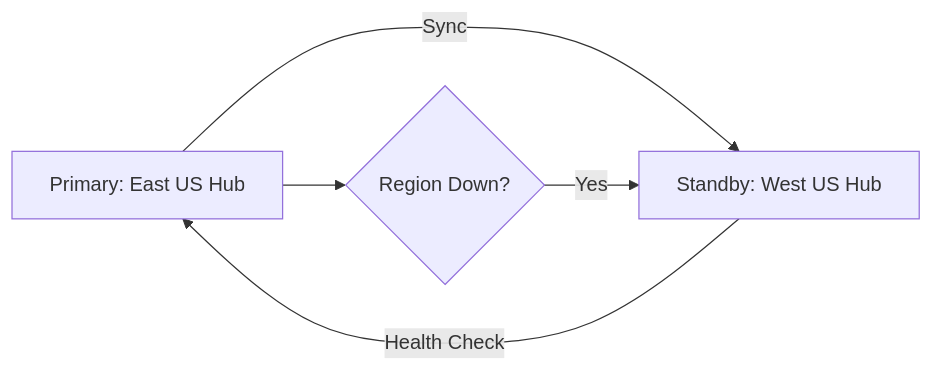
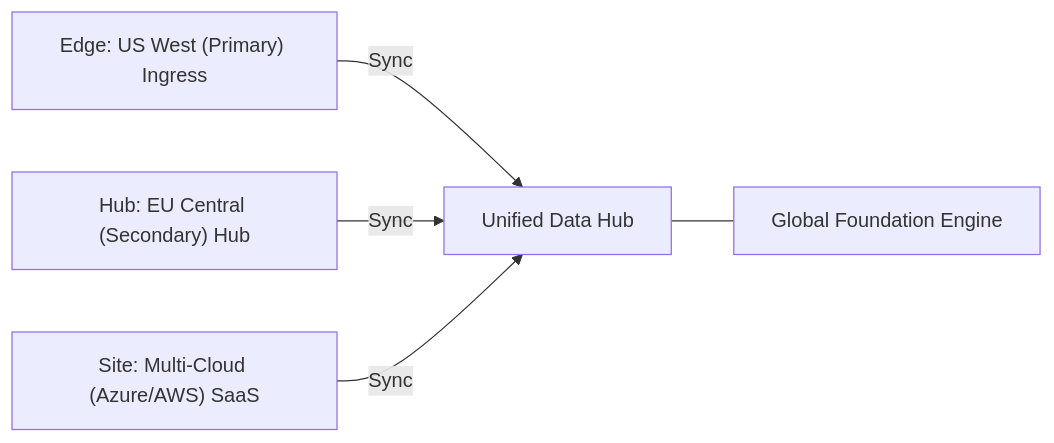
Before and after one commit to Devopstrio/data-landingzone: the third of 11 diagrams in README.md, drawn with Mermaid. The commit also changed other lines of this file, not shown here.

````diff
--- a/README.md
+++ b/README.md
@@ -157,7 +119,7 @@
 ```mermaid
 graph LR
-    East[Primary: East US Hub] -->|Sync| West[Standby: West US Hub]
-    West -->|Health Check| East
-    East --> Failover{Region Down?}
-    Failover -->|Yes| West
+    RegionA["Edge: US West (Primary) Ingress"] -->|Sync| Hub["Unified Data Hub"]
+    BU["Hub: EU Central (Secondary) Hub"] -->|Sync| Hub
+    Cloud["Site: Multi-Cloud (Azure/AWS) SaaS"] -->|Sync| Hub
+    Hub --- Logic["Global Foundation Engine"]
 ```
````
